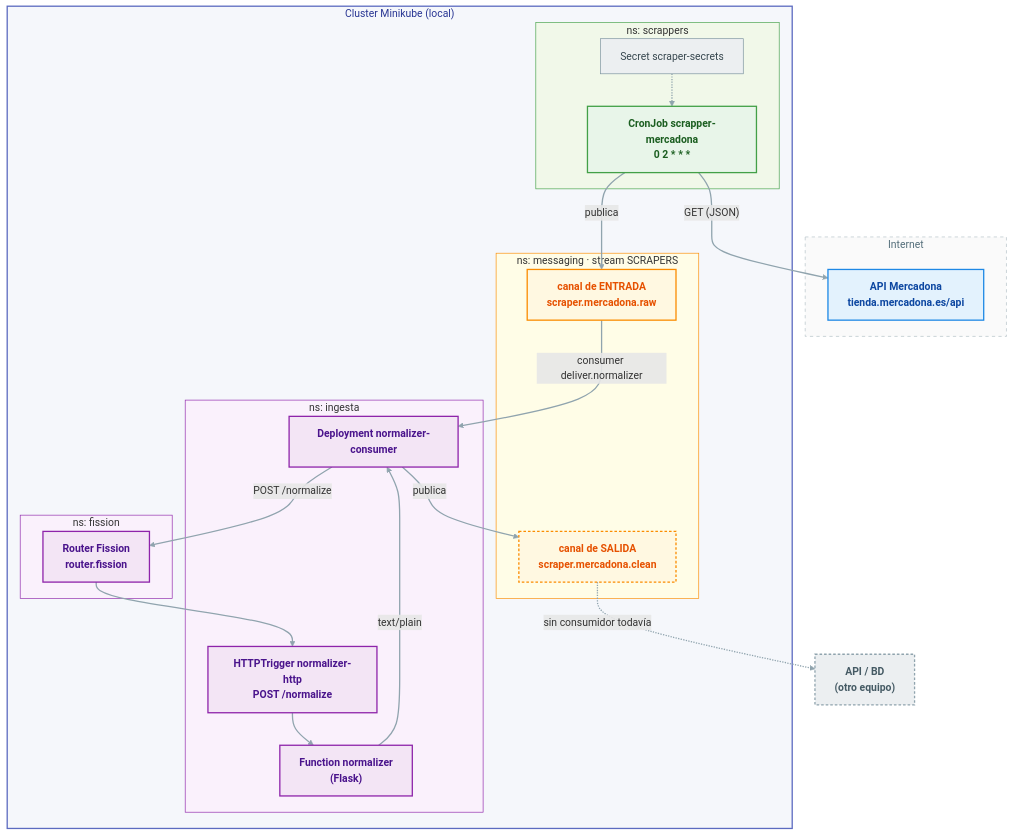
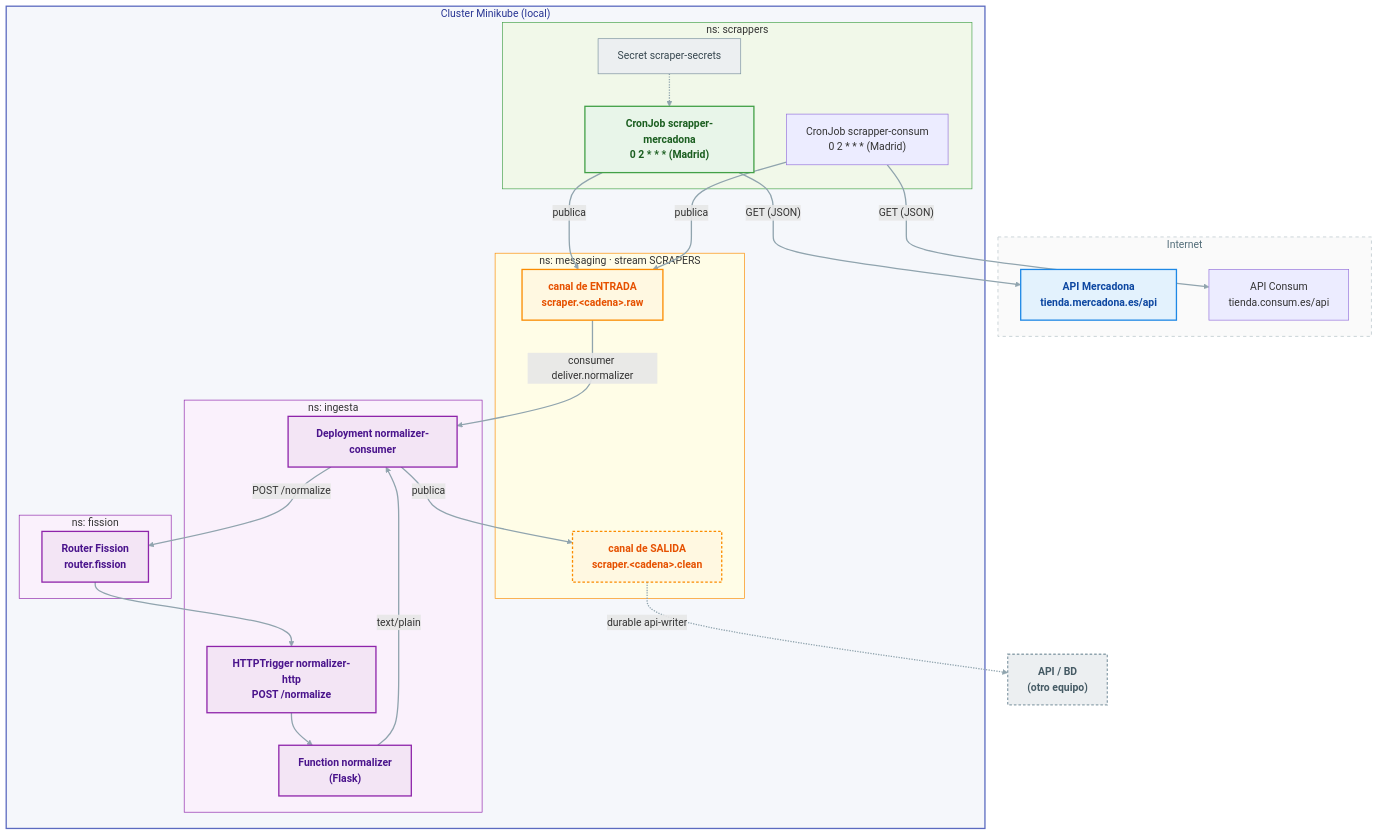
One commit to TheMinimalOwl/PTI-Q26-27-TARDOR changed the second of 2 diagrams in flujo-entrada/docs/01-arquitectura.md. Above: the diagram before and after it, drawn with Mermaid. The commit also changed other lines of this file and 29 other files, not shown here.

````diff
--- a/flujo-entrada/docs/01-arquitectura.md
+++ b/flujo-entrada/docs/01-arquitectura.md
@@ -53,65 +53,69 @@
 ```mermaid
 flowchart TB
   subgraph ext["Internet"]
     MD["API Mercadona<br/>tienda.mercadona.es/api"]
+    CS["API Consum<br/>tienda.consum.es/api"]
   end
 
   subgraph k8s["Cluster Minikube (local)"]
     subgraph nsScr["ns: scrappers"]
-      CJMD["CronJob scrapper-mercadona<br/>0 2 * * *"]
+      CJMD["CronJob scrapper-mercadona<br/>0 2 * * * (Madrid)"]
+      CJCS["CronJob scrapper-consum<br/>0 2 * * * (Madrid)"]
       SEC["Secret scraper-secrets"]
     end
 
     subgraph nsMsg["ns: messaging · stream SCRAPERS"]
-      RAW["canal de ENTRADA<br/>scraper.mercadona.raw"]
-      CLEAN["canal de SALIDA<br/>scraper.mercadona.clean"]
+      RAW["canal de ENTRADA<br/>scraper.&lt;cadena&gt;.raw"]
+      CLEAN["canal de SALIDA<br/>scraper.&lt;cadena&gt;.clean"]
     end
 
     subgraph nsFis["ns: fission"]
       ROUTER["Router Fission<br/>router.fission"]
     end
 
     subgraph nsDef["ns: ingesta"]
       TRIG["HTTPTrigger normalizer-http<br/>POST /normalize"]
       FN["Function normalizer<br/>(Flask)"]
       CONS["Deployment normalizer-consumer"]
     end
   end
 
   XBD["API / BD<br/>(otro equipo)"]
 
   CJMD -->|"GET (JSON)"| MD
   SEC -.-> CJMD
   CJMD -->|"publica"| RAW
+  CJCS -->|"GET (JSON)"| CS
+  CJCS -->|"publica"| RAW
   RAW -->|"consumer deliver.normalizer"| CONS
   CONS -->|"POST /normalize"| ROUTER
   ROUTER --> TRIG
   TRIG --> FN
   FN -->|"text/plain"| CONS
   CONS -->|"publica"| CLEAN
-  CLEAN -.->|"sin consumidor todavía"| XBD
+  CLEAN -.->|"durable api-writer"| XBD
 
   classDef cExt fill:#e3f2fd,stroke:#1e88e5,stroke-width:2px,color:#0d47a1,font-weight:bold
   classDef cScraper fill:#e8f5e9,stroke:#43a047,stroke-width:2px,color:#1b5e20,font-weight:bold
   classDef cNats fill:#fff8e1,stroke:#fb8c00,stroke-width:2px,color:#e65100,font-weight:bold
   classDef cNatsHueco fill:#fff8e1,stroke:#fb8c00,stroke-width:2px,stroke-dasharray:4 3,color:#e65100,font-weight:bold
   classDef cFission fill:#f3e5f5,stroke:#8e24aa,stroke-width:2px,color:#4a148c,font-weight:bold
   classDef cPending fill:#eceff1,stroke:#90a4ae,stroke-width:2px,stroke-dasharray:4 3,color:#455a64,font-weight:bold
   classDef cSecret fill:#eceff1,stroke:#78909c,color:#37474f
 
   class MD cExt
   class CJMD cScraper
   class SEC cSecret
   class RAW cNats
   class CLEAN cNatsHueco
   class ROUTER,TRIG,FN,CONS cFission
   class XBD cPending
 
   style ext fill:#fafafa,stroke:#b0bec5,stroke-dasharray:5 5,color:#546e7a
   style k8s fill:#f5f7fb,stroke:#5c6bc0,stroke-width:2px,color:#283593
   style nsScr fill:#f1f8e9,stroke:#43a047
   style nsMsg fill:#fffde7,stroke:#fb8c00
   style nsFis fill:#faf1fc,stroke:#8e24aa
   style nsDef fill:#faf1fc,stroke:#8e24aa
   linkStyle default stroke:#90a4ae,stroke-width:2px
 ```
````
